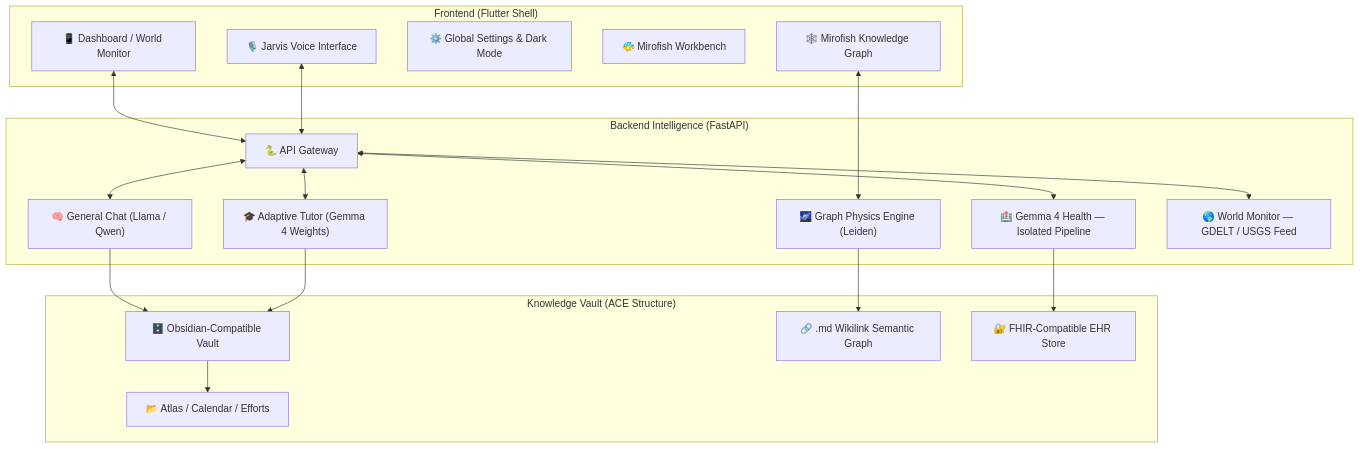
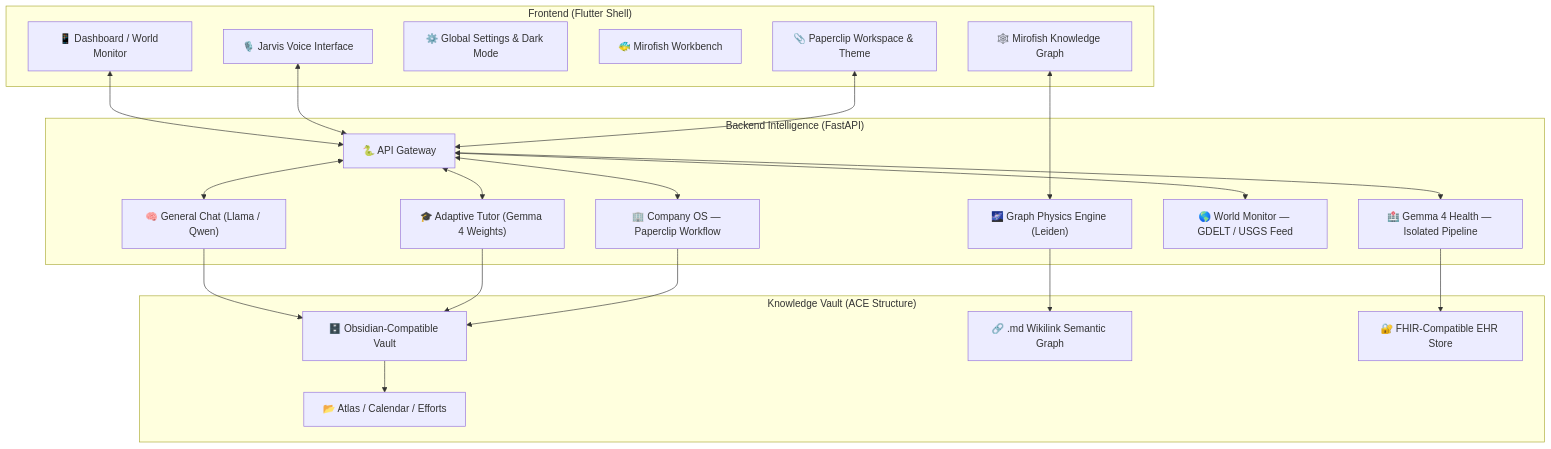
Before and after one commit to ankit-sengupta05/CyborgAI: the diagram in README.md, drawn with Mermaid. The commit also changed other lines of this file, not shown here.

Commit message:
style: Integrate Paperclip and Company OS into architectural layer and diagrams in README

````diff
--- a/README.md
+++ b/README.md
@@ -97,39 +98,44 @@
 ```mermaid
 graph TD
     subgraph "Frontend (Flutter Shell)"
         UI["📱 Dashboard / World Monitor"]
         KG["🕸️ Mirofish Knowledge Graph"]
         GS["⚙️ Global Settings & Dark Mode"]
         MF["🐠 Mirofish Workbench"]
         VX["🎙️ Jarvis Voice Interface"]
+        PC["📎 Paperclip Workspace & Theme"]
     end
 
     subgraph "Backend Intelligence (FastAPI)"
         API["🐍 API Gateway"]
         LLM["🧠 General Chat (Llama / Qwen)"]
         MED["🏥 Gemma 4 Health — Isolated Pipeline"]
         EDU["🎓 Adaptive Tutor (Gemma 4 Weights)"]
         KGE["🌌 Graph Physics Engine (Leiden)"]
         WM["🌎 World Monitor — GDELT / USGS Feed"]
+        COMP["🏢 Company OS — Paperclip Workflow"]
     end
 
     subgraph "Knowledge Vault (ACE Structure)"
         VAULT["🗄️ Obsidian-Compatible Vault"]
         GRAPH["🔗 .md Wikilink Semantic Graph"]
         ACE["📂 Atlas / Calendar / Efforts"]
         FHIR["🔐 FHIR-Compatible EHR Store"]
     end
 
     UI <--> API
     VX <--> API
     KG <--> KGE
+    PC <--> API
     API <--> LLM
     API <--> MED
     API <--> EDU
     API <--> WM
+    API <--> COMP
     LLM --> VAULT
     KGE --> GRAPH
     MED --> FHIR
     EDU --> VAULT
+    COMP --> VAULT
     VAULT --> ACE
 ```
````
